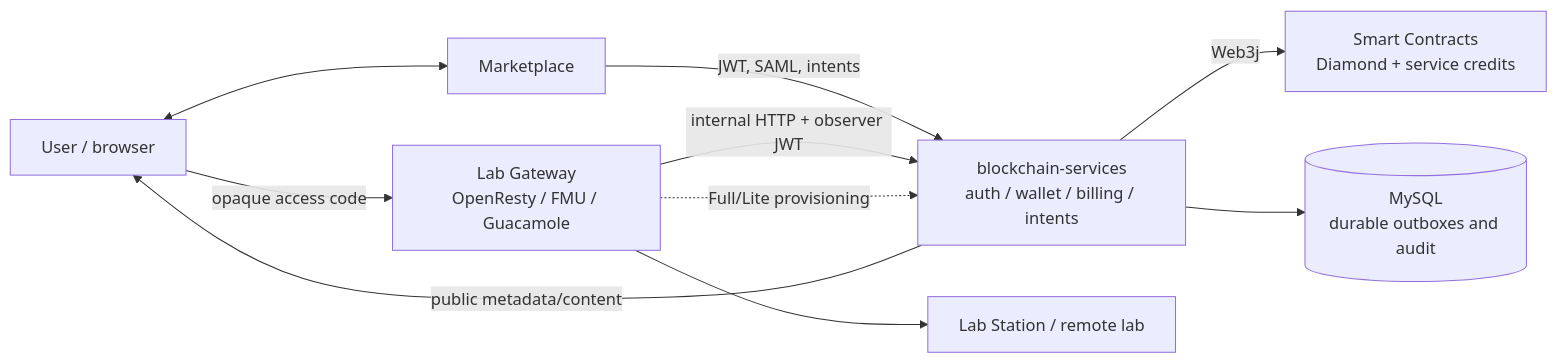
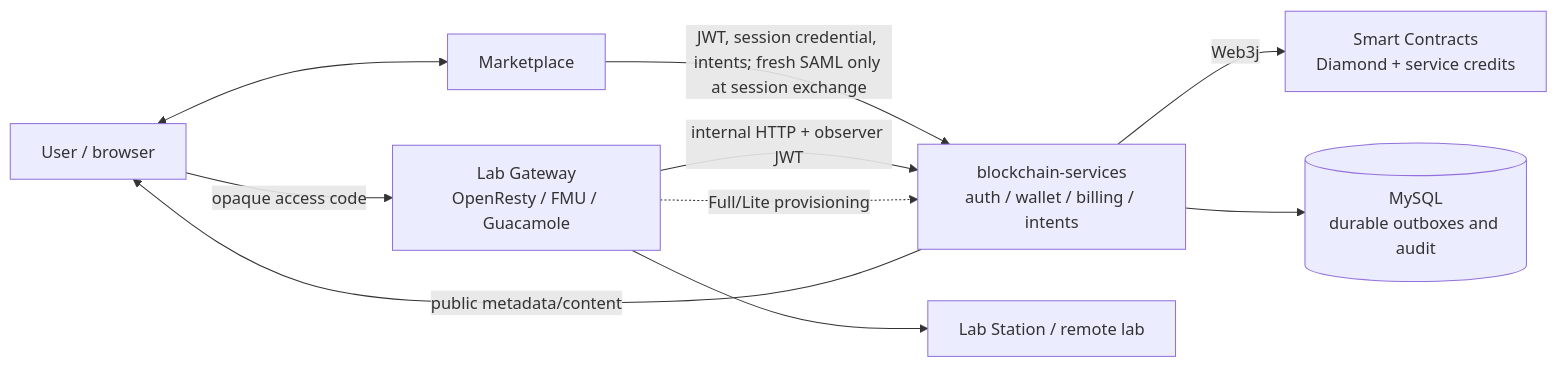
One commit to DecentraLabsCom/Blockchain-Services changed the first of 3 diagrams in docs/architecture/ARCHITECTURE.md. Above: the diagram before and after it, drawn with Mermaid. The commit also changed other lines of this file and 52 other files, not shown here.

````diff
--- a/docs/architecture/ARCHITECTURE.md
+++ b/docs/architecture/ARCHITECTURE.md
@@ -35,20 +35,20 @@
 ```mermaid
 flowchart LR
     User["User / browser"]
     Marketplace["Marketplace"]
     Gateway["Lab Gateway<br/>OpenResty / FMU / Guacamole"]
     Backend["blockchain-services<br/>auth / wallet / billing / intents"]
     Contracts["Smart Contracts<br/>Diamond + service credits"]
     MySQL[("MySQL<br/>durable outboxes and audit")]
     Station["Lab Station / remote lab"]
 
     User <--> Marketplace
-    Marketplace -->|JWT, SAML, intents| Backend
+    Marketplace -->|JWT, session credential, intents; fresh SAML only at session exchange| Backend
     User -->|opaque access code| Gateway
     Gateway -->|internal HTTP + observer JWT| Backend
     Gateway --> Station
     Backend -->|Web3j| Contracts
     Backend --> MySQL
     Backend -->|public metadata/content| User
     Gateway -.->|Full/Lite provisioning| Backend
 ```
````
